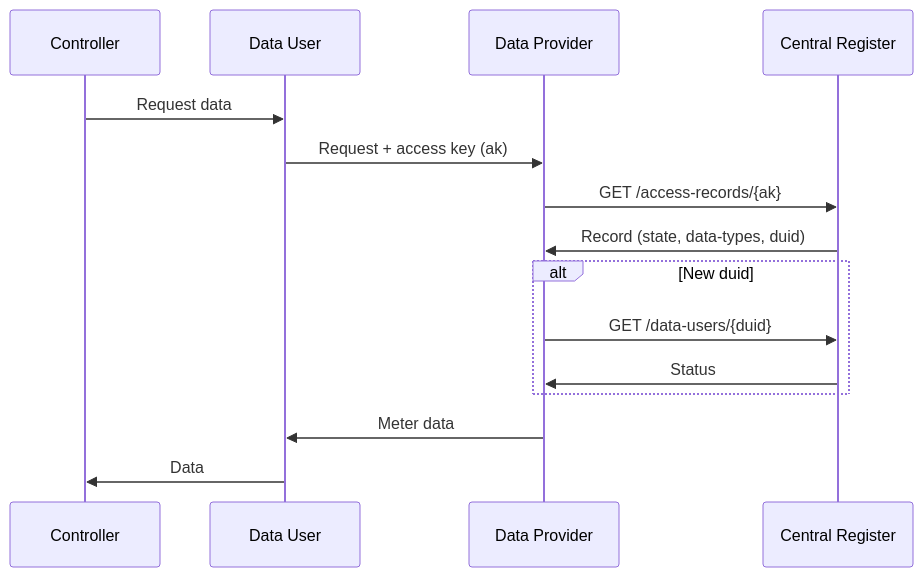
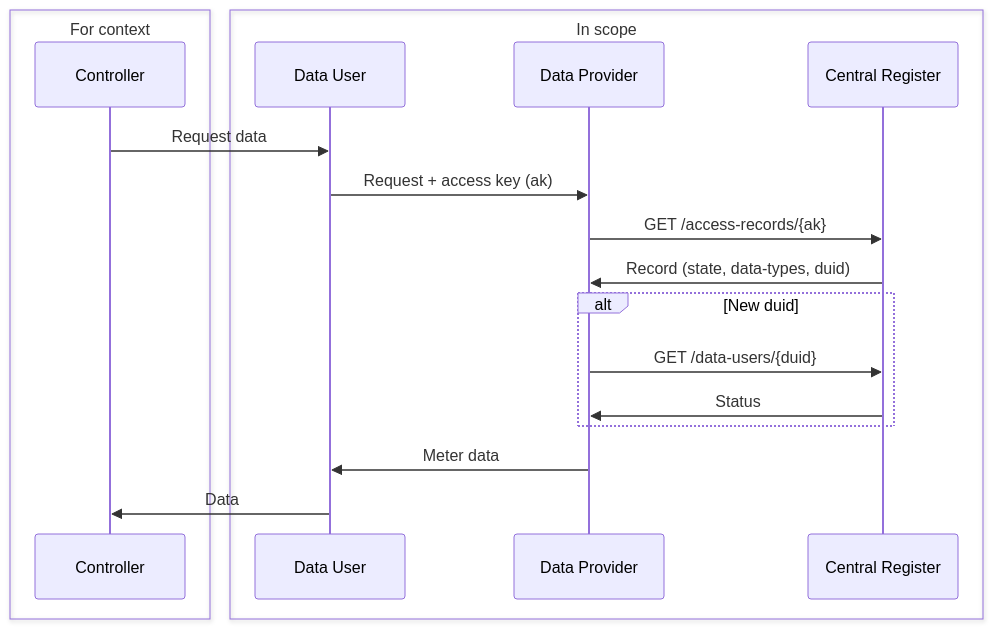
One commit to AuthEnergy/DAR changed the second of 4 diagrams in docs/index.mdx. Above: the diagram before and after it, drawn with Mermaid. The commit also changed other lines of this file, not shown here.

First line of the commit message:
Update DAR docs: clarify flows & webhooks

````diff
--- a/docs/index.mdx
+++ b/docs/index.mdx
@@ -50,18 +56,22 @@
 ```mermaid
 sequenceDiagram
-    participant Controller
-    participant Data User
-    participant Data Provider
-    participant Central Register
- 
-    Controller->>Data User: Request data
-    Data User->>Data Provider: Request + access key (ak)
-    Data Provider->>Central Register: GET /access-records/{ak}
-    Central Register->>Data Provider: Record (state, data-types, duid)
+    box For context
+        participant Controller
+    end
+    box In scope
+        participant DU as Data User
+        participant Data Provider
+        participant CR as Central Register
+    end
+
+    Controller->>DU: Request data
+    DU->>Data Provider: Request + access key (ak)
+    Data Provider->>CR: GET /access-records/{ak}
+    CR->>Data Provider: Record (state, data-types, duid)
     alt New duid
-        Data Provider->>Central Register: GET /data-users/{duid}
-        Central Register->>Data Provider: Status
+        Data Provider->>CR: GET /data-users/{duid}
+        CR->>Data Provider: Status
     end
-    Data Provider->>Data User: Meter data
-    Data User->>Controller: Data
+    Data Provider->>DU: Meter data
+    DU->>Controller: Data
 ```
````
